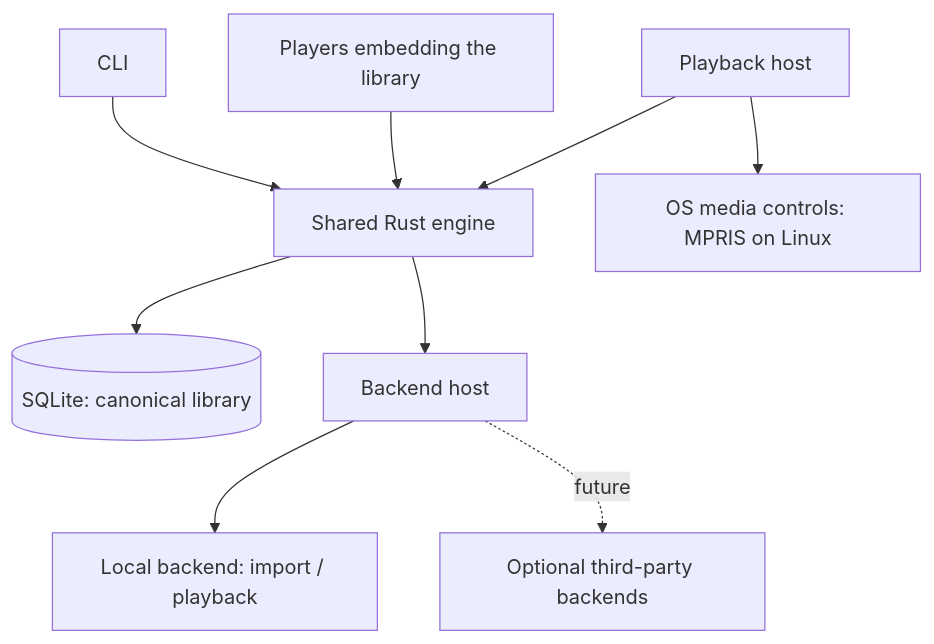
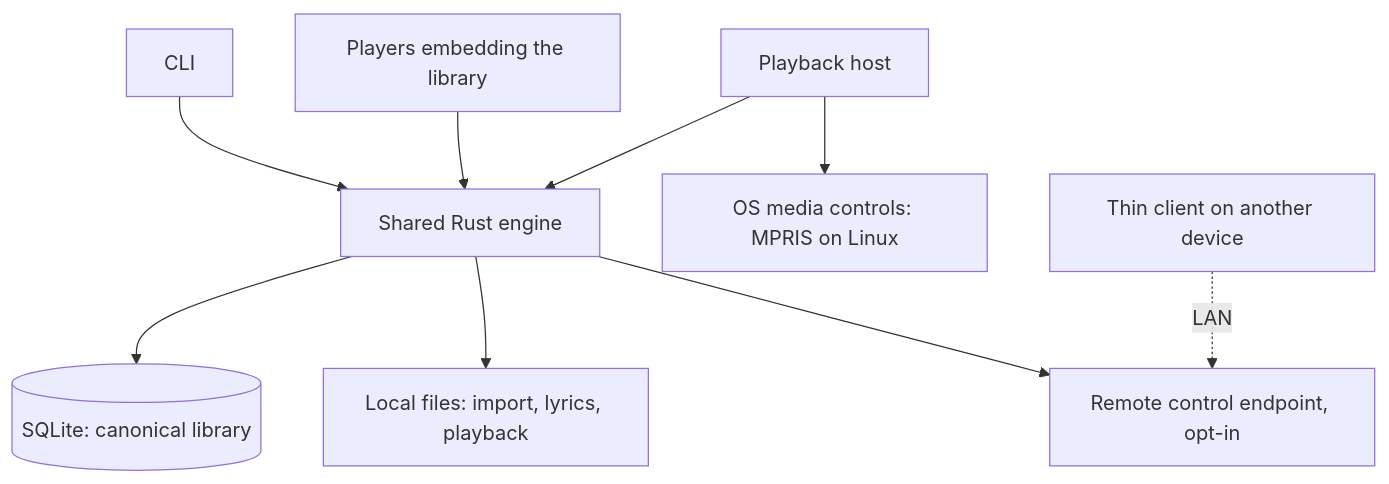
The first of 2 diagrams in goals.md (VaZark/weave), drawn with Mermaid before and after one commit. The commit also changed other lines of this file and 37 other files, not shown here.

Commit message:
Rethink goals : no more mulitple backends. only local and remote over network + drop tag-none alias

````diff
--- a/goals.md
+++ b/goals.md
@@ -101,11 +105,11 @@
 ```mermaid
 flowchart TD
     CLI[CLI] --> API[Shared Rust engine]
     APPS[Players embedding the library] --> API
     PLAYER[Playback host] --> API
     PLAYER --> OSCTL[OS media controls: MPRIS on Linux]
     API --> DB[(SQLite: canonical library)]
-    API --> HOST[Backend host]
-    HOST --> LOCAL[Local backend: import / playback]
-    HOST -. future .-> EXT[Optional third-party backends]
+    API --> LOCAL[Local files: import, lyrics, playback]
+    API --> REMOTE[Remote control endpoint, opt-in]
+    CLIENT[Thin client on another device] -. LAN .-> REMOTE
 ```
````
